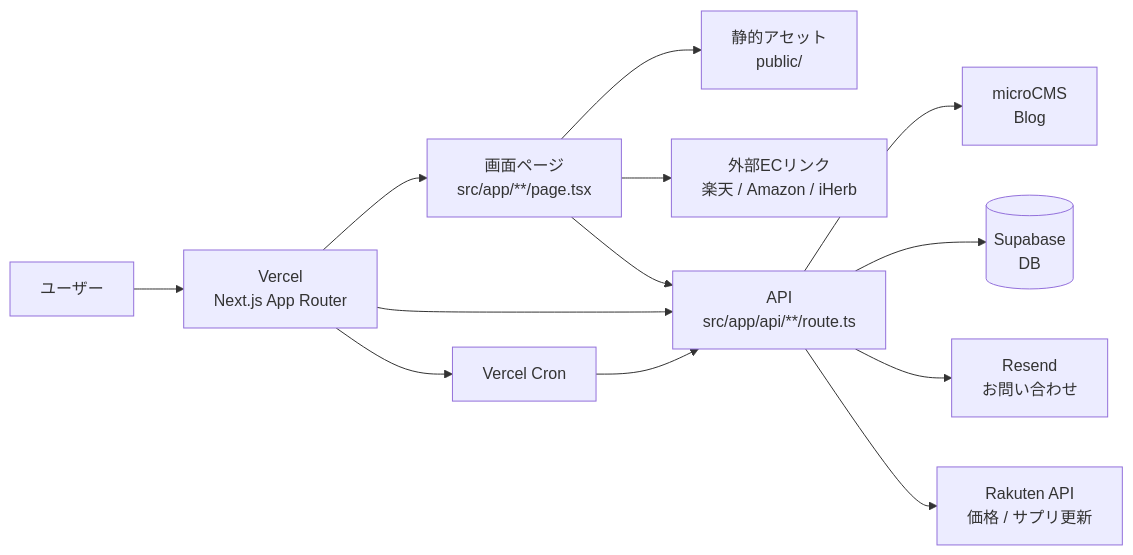
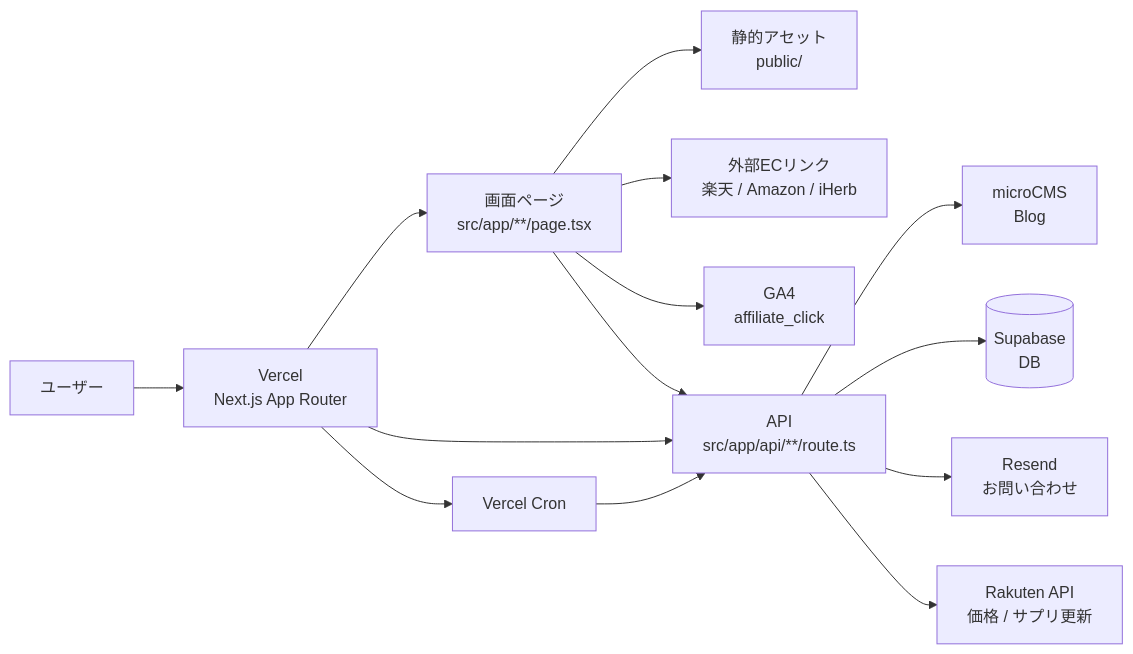
The first of 7 diagrams in macho-website/docs/site-architecture-mermaid.md (nariti12/macho-website), drawn with Mermaid before and after one commit. The commit also changed other lines of this file and 15 other files, not shown here.

````diff
--- a/macho-website/docs/site-architecture-mermaid.md
+++ b/macho-website/docs/site-architecture-mermaid.md
@@ -9,19 +9,20 @@
 ```mermaid
 flowchart LR
   user[ユーザー] --> vercel[Vercel<br/>Next.js App Router]
 
   vercel --> pages[画面ページ<br/>src/app/**/page.tsx]
   vercel --> api[API<br/>src/app/api/**/route.ts]
   vercel --> cron[Vercel Cron]
 
   pages --> assets[静的アセット<br/>public/]
   pages --> affiliate[外部ECリンク<br/>楽天 / Amazon / iHerb]
+  pages --> analytics[GA4<br/>affiliate_click]
   pages --> api
 
   api --> microcms[microCMS<br/>Blog]
   api --> supabase[(Supabase<br/>DB)]
   api --> resend[Resend<br/>お問い合わせ]
   api --> rakuten[Rakuten API<br/>価格 / サプリ更新]
 
   cron --> api
 ```
````
